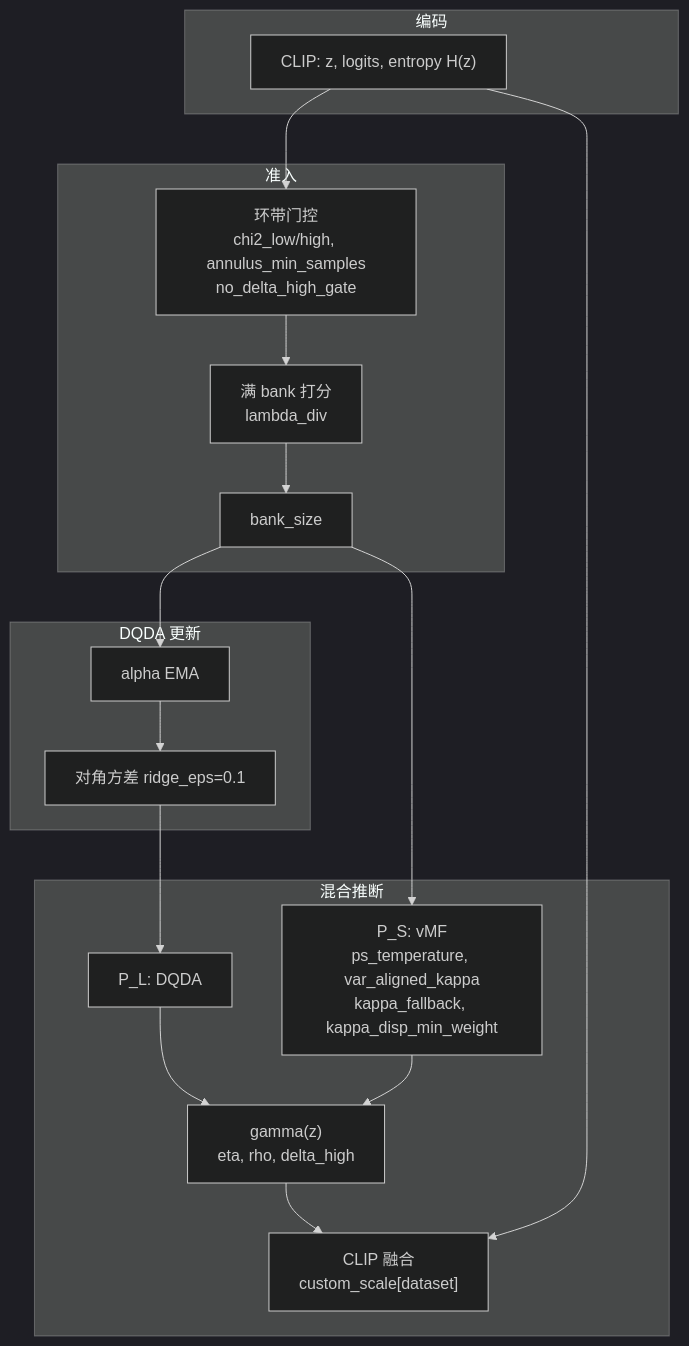
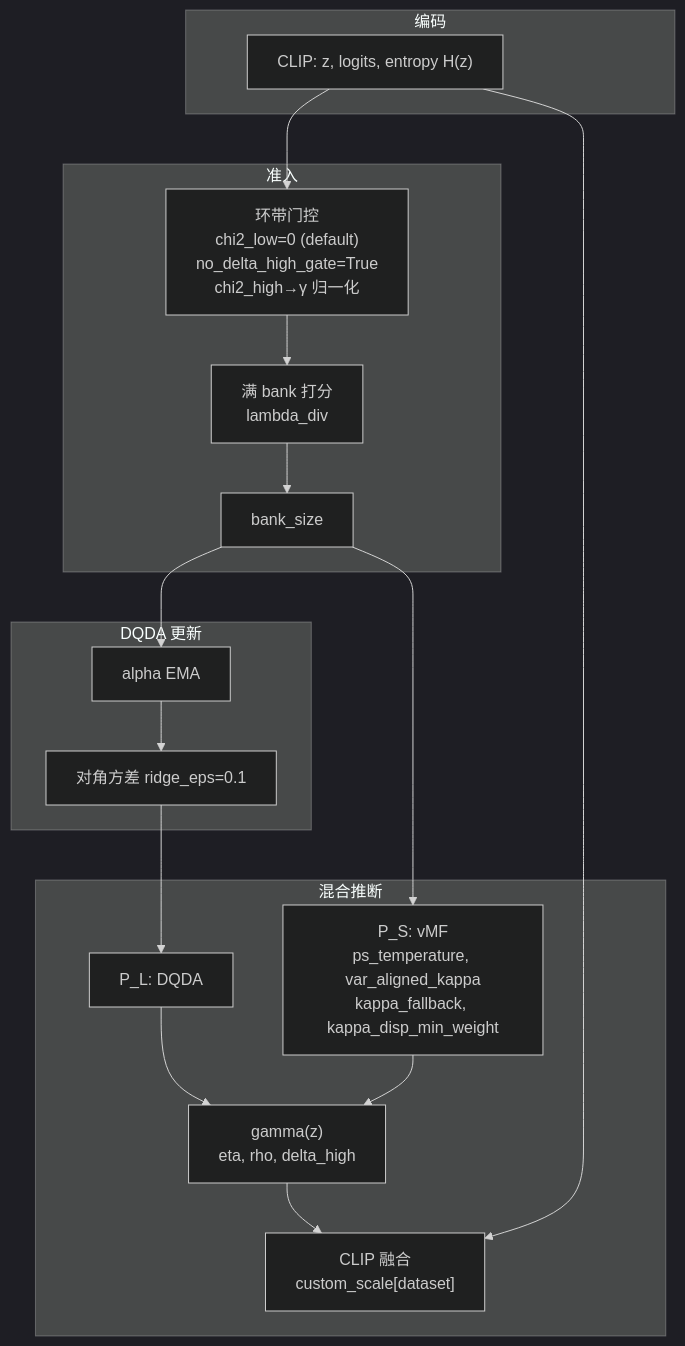
Before and after one commit to CielErrance/vMFcache: the diagram in docs/HYPERPARAMETERS.md, drawn with Mermaid (dark theme). The commit also changed other lines of this file and 6 other files, not shown here.

````diff
--- a/docs/HYPERPARAMETERS.md
+++ b/docs/HYPERPARAMETERS.md
@@ -295,33 +302,33 @@
 ```mermaid
 flowchart TB
     subgraph encode [编码]
         CLIP["CLIP: z, logits, entropy H(z)"]
     end
 
     subgraph admit [准入]
-        Annulus["环带门控\nchi2_low/high, annulus_min_samples\nno_delta_high_gate"]
+        Annulus["环带门控\nchi2_low=0 (default)\nno_delta_high_gate=True\nchi2_high→γ 归一化"]
         Score["满 bank 打分\nlambda_div"]
         Bank["bank_size"]
     end
 
     subgraph dqda [DQDA 更新]
         Alpha["alpha EMA"]
         Var["对角方差 ridge_eps=0.1"]
     end
 
     subgraph infer [混合推断]
         PL["P_L: DQDA"]
         PS["P_S: vMF\nps_temperature, var_aligned_kappa\nkappa_fallback, kappa_disp_min_weight"]
         Gamma["gamma(z)\neta, rho, delta_high"]
         Fuse["CLIP 融合\ncustom_scale[dataset]"]
     end
 
     CLIP --> Annulus --> Score --> Bank
     Bank --> Alpha --> Var
     Var --> PL
     Bank --> PS
     PL --> Gamma
     PS --> Gamma
     Gamma --> Fuse
     CLIP --> Fuse
 ```
````
